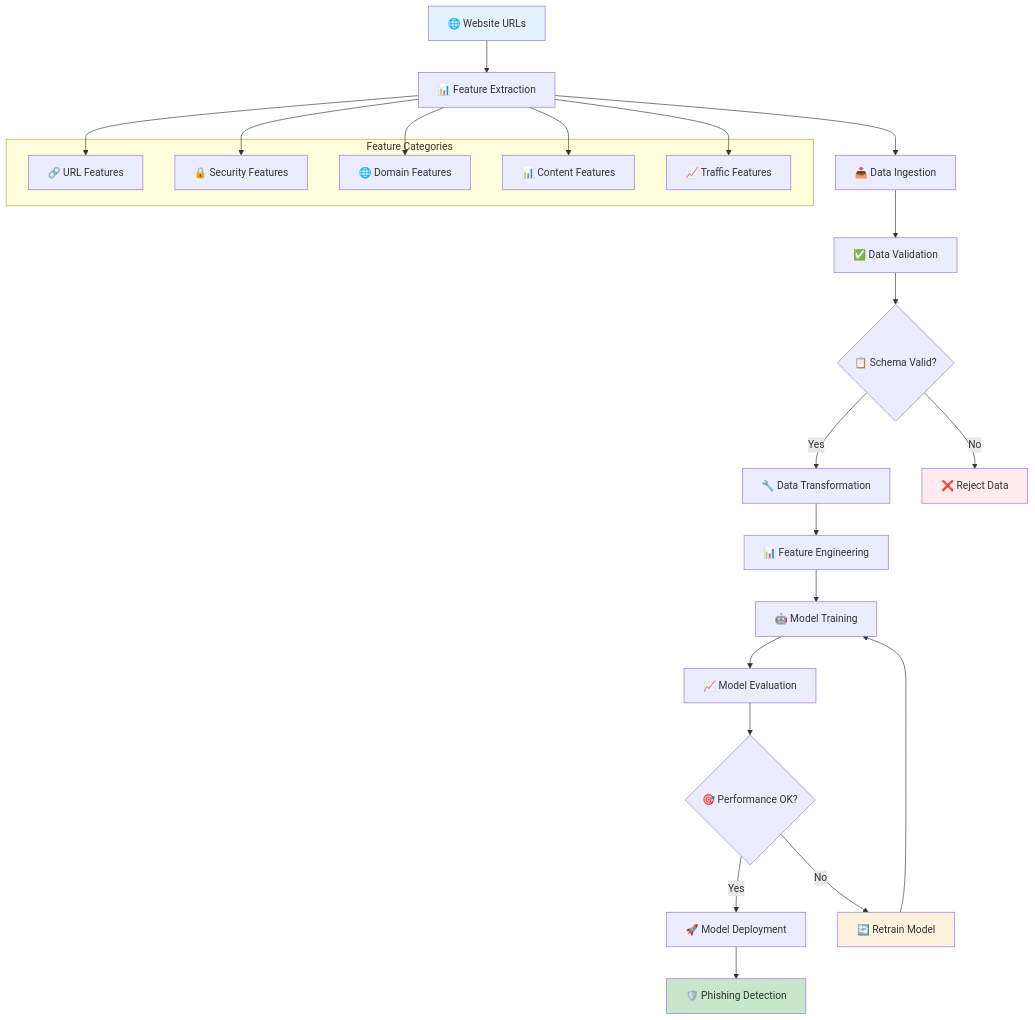
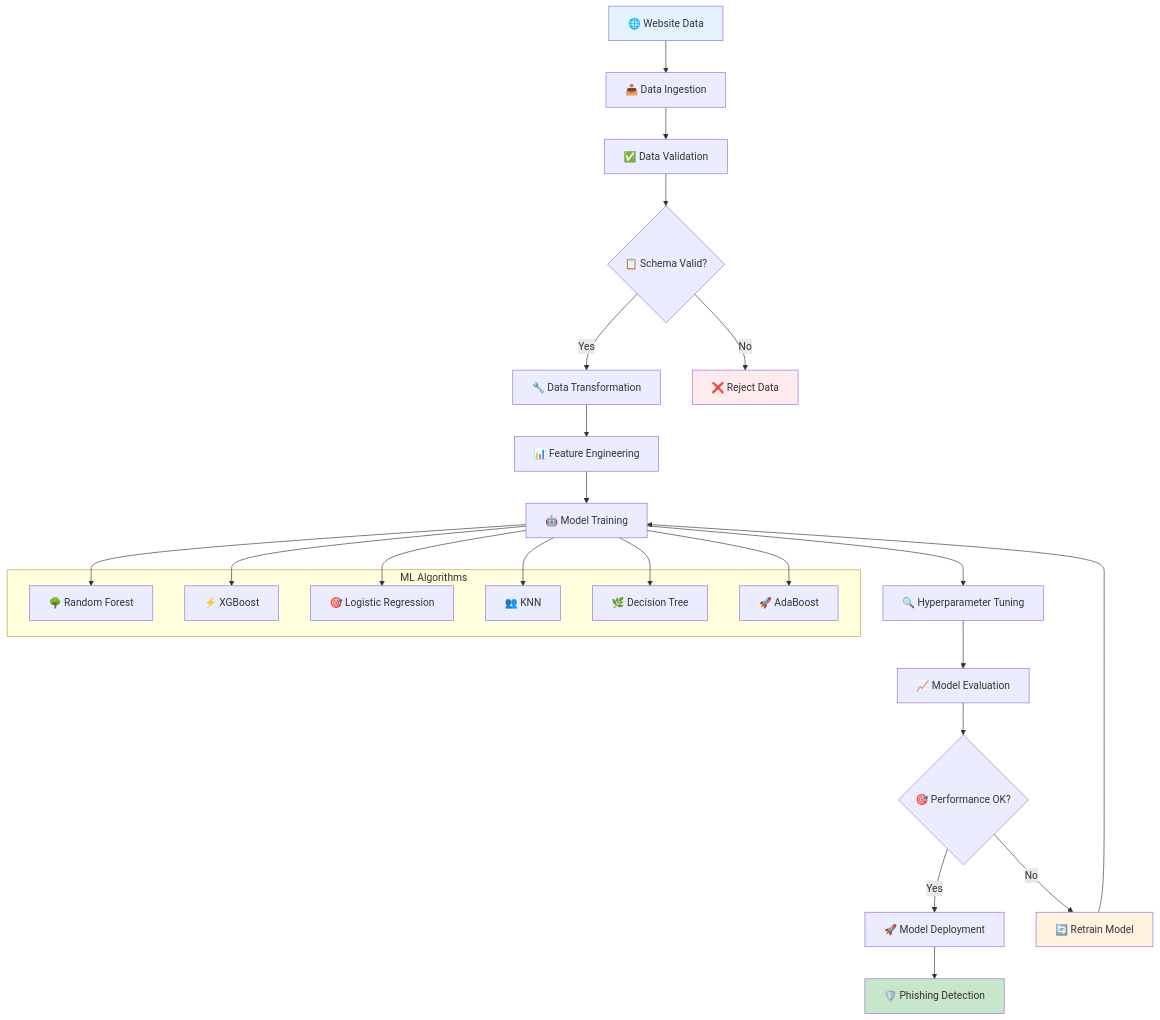
The second of 5 diagrams in README.md (Charan703/E2E_NetworkSecurity), drawn with Mermaid before and after one commit. The commit also changed other lines of this file and 22 other files, not shown here.

Commit message:
model training

````diff
--- a/README.md
+++ b/README.md
@@ -102,36 +104,38 @@
 ```mermaid
 flowchart TD
-    A[🌐 Website URLs] --> B[📊 Feature Extraction]
-    B --> C[📥 Data Ingestion]
-    C --> D[✅ Data Validation]
-    D --> E{📋 Schema Valid?}
-    E -->|Yes| F[🔧 Data Transformation]
-    E -->|No| G[❌ Reject Data]
-    F --> H[📊 Feature Engineering]
-    H --> I[🤖 Model Training]
+    A[🌐 Website Data] --> B[📥 Data Ingestion]
+    B --> C[✅ Data Validation]
+    C --> D{📋 Schema Valid?}
+    D -->|Yes| E[🔧 Data Transformation]
+    D -->|No| F[❌ Reject Data]
+    E --> G[📊 Feature Engineering]
+    G --> H[🤖 Model Training]
+    H --> I[🔍 Hyperparameter Tuning]
     I --> J[📈 Model Evaluation]
     J --> K{🎯 Performance OK?}
     K -->|Yes| L[🚀 Model Deployment]
     K -->|No| M[🔄 Retrain Model]
-    M --> I
+    M --> H
     L --> N[🛡️ Phishing Detection]
     
-    subgraph "Feature Categories"
-        O[🔗 URL Features]
-        P[🔒 Security Features]
-        Q[🌐 Domain Features]
-        R[📊 Content Features]
-        S[📈 Traffic Features]
+    subgraph "ML Algorithms"
+        O[🌳 Random Forest]
+        P[⚡ XGBoost]
+        Q[🎯 Logistic Regression]
+        R[👥 KNN]
+        S[🌿 Decision Tree]
+        T[🚀 AdaBoost]
     end
     
-    B --> O
-    B --> P
-    B --> Q
-    B --> R
-    B --> S
+    H --> O
+    H --> P
+    H --> Q
+    H --> R
+    H --> S
+    H --> T
     
     style A fill:#e3f2fd
     style N fill:#c8e6c9
-    style G fill:#ffebee
+    style F fill:#ffebee
     style M fill:#fff3e0
 ```
````
